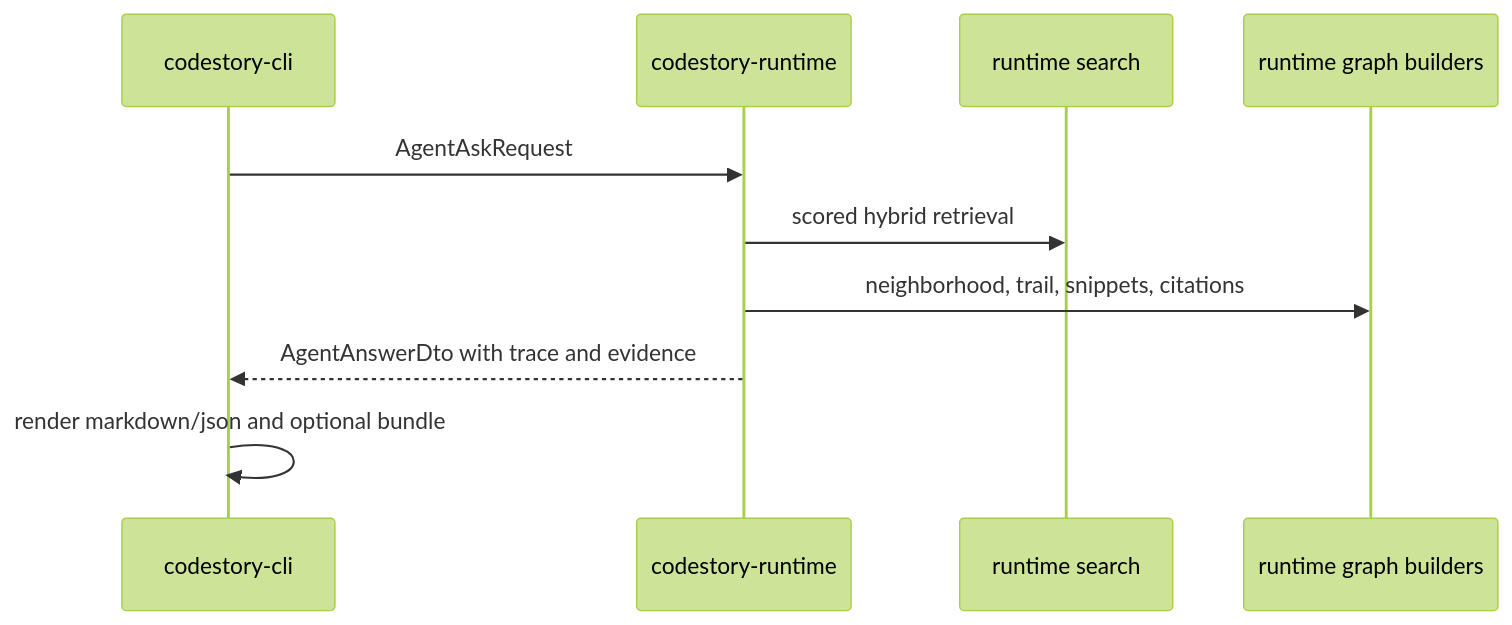
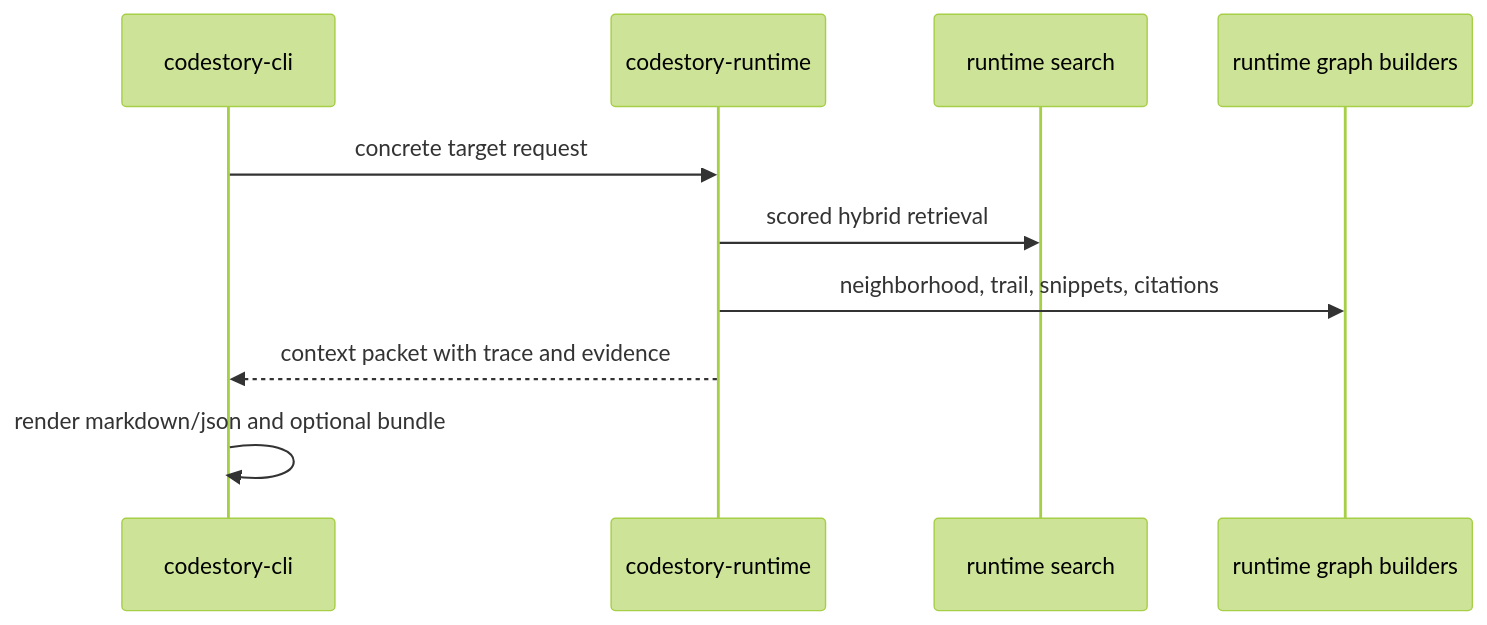
One commit to TheGreenCedar/CodeStory changed the third of 4 diagrams in docs/architecture/runtime-execution-path.md. Above: the diagram before and after it, drawn with Mermaid (forest theme). The commit also changed other lines of this file and 24 other files, not shown here.

Commit message:
Rename ask command to context

````diff
--- a/docs/architecture/runtime-execution-path.md
+++ b/docs/architecture/runtime-execution-path.md
@@ -69,13 +69,13 @@
 ```mermaid
 sequenceDiagram
     participant CLI as codestory-cli
     participant Runtime as codestory-runtime
     participant Search as runtime search
     participant Graph as runtime graph builders
 
-    CLI->>Runtime: AgentAskRequest
+    CLI->>Runtime: concrete target request
     Runtime->>Search: scored hybrid retrieval
     Runtime->>Graph: neighborhood, trail, snippets, citations
-    Runtime-->>CLI: AgentAnswerDto with trace and evidence
+    Runtime-->>CLI: context packet with trace and evidence
     CLI->>CLI: render markdown/json and optional bundle
 ```
````
